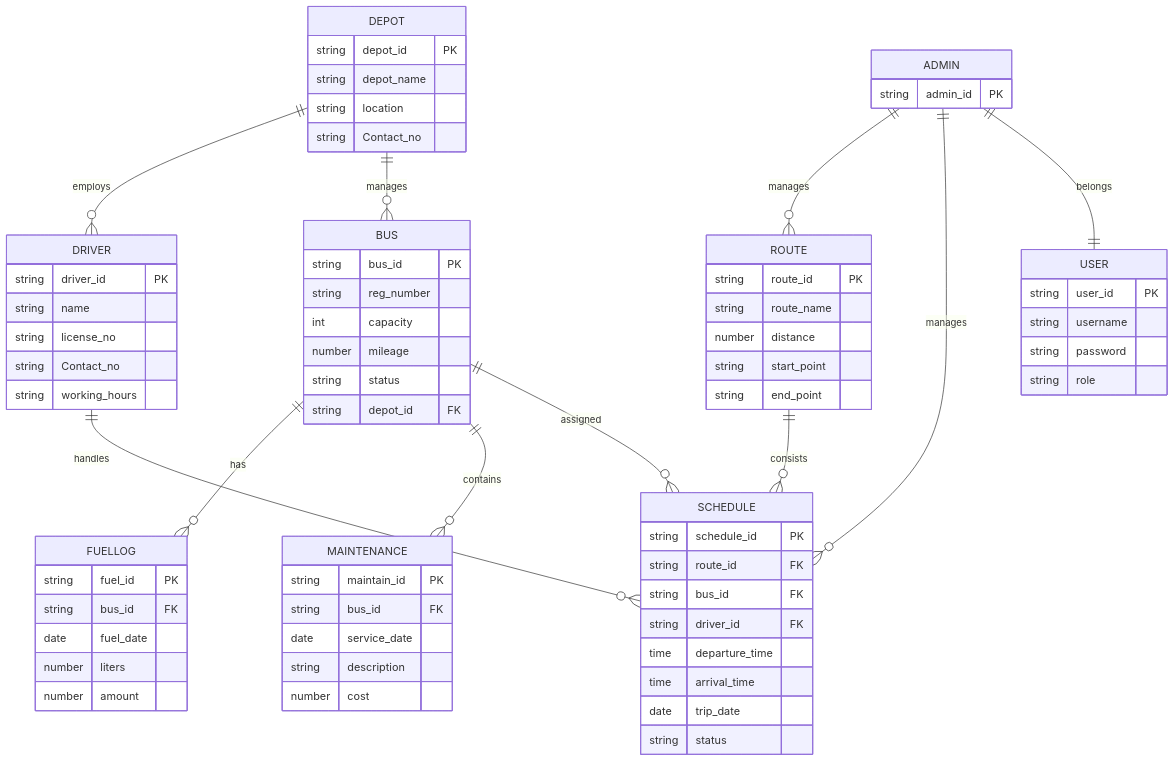
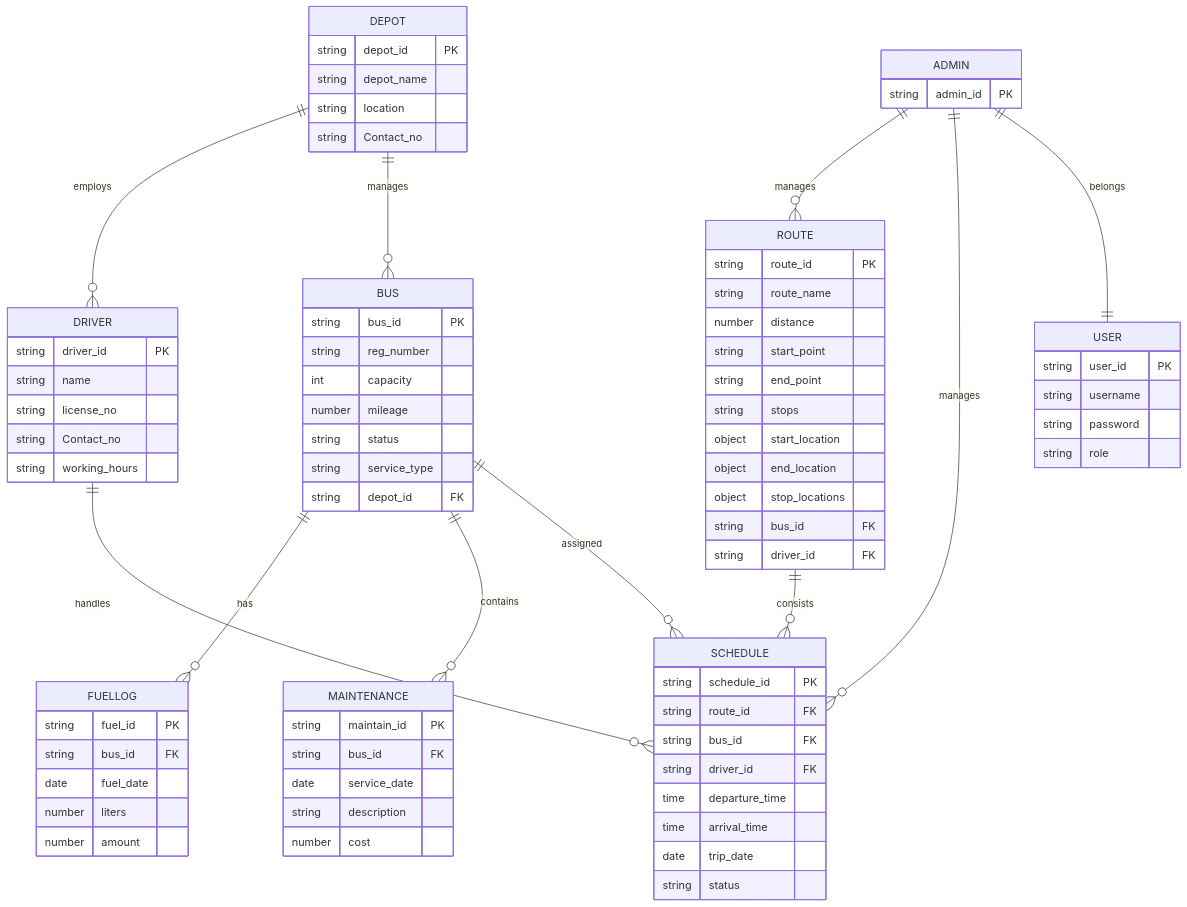
The diagram in docs/ER-DIAGRAM.md (MNSBaanu/TransitLK), drawn with Mermaid before and after one commit. The commit also changed other lines of this file and 3 other files, not shown here.

```diff
--- a/docs/ER-DIAGRAM.md
+++ b/docs/ER-DIAGRAM.md
@@ -156,6 +163,7 @@
         int capacity
         number mileage
         string status
+        string service_type
         string depot_id FK
     }
 
@@ -181,6 +189,12 @@
         number distance
         string start_point
         string end_point
+        string stops
+        object start_location
+        object end_location
+        object stop_locations
+        string bus_id FK
+        string driver_id FK
     }
 
     SCHEDULE {
```
